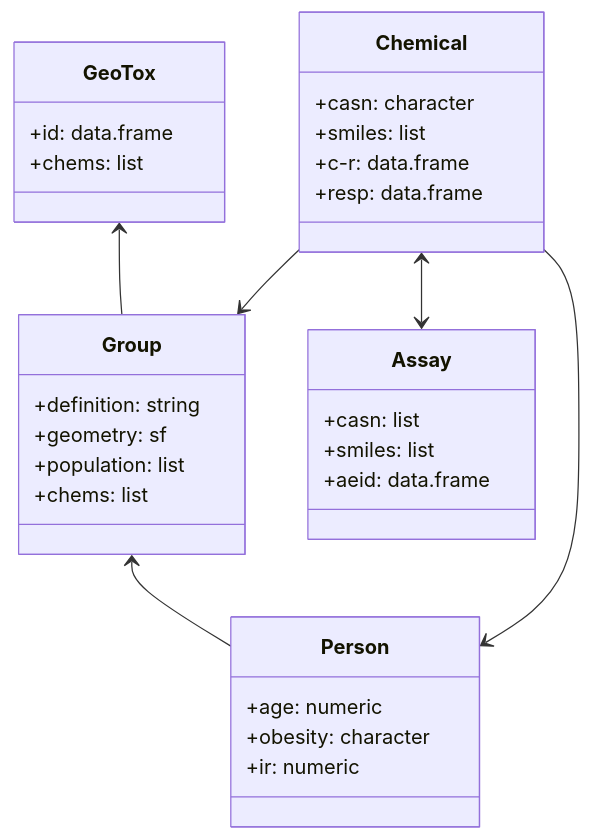
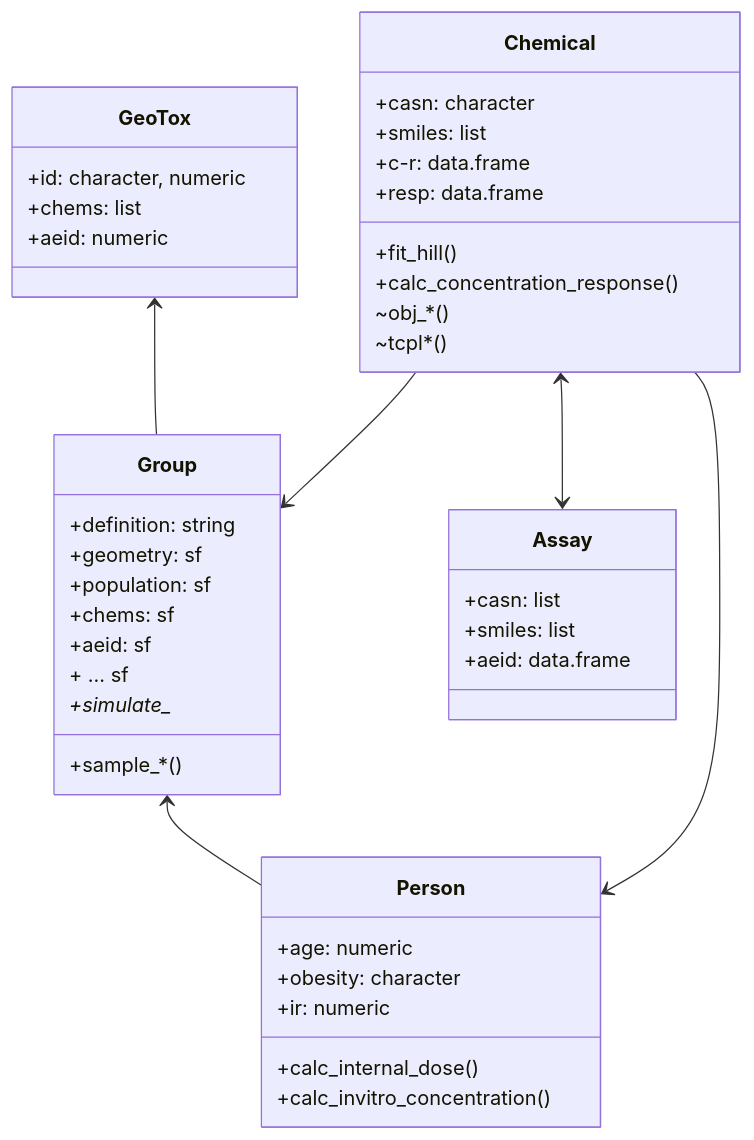
Before and after one commit to NIEHS/GeoTox: the diagram in objects.md, drawn with Mermaid. The commit also changed other lines of this file, not shown here.

Commit message:
Add methods to diagram

````diff
--- a/objects.md
+++ b/objects.md
@@ -2,40 +2,51 @@
 ```mermaid
 classDiagram
     class GeoTox {
-        +id: data.frame
+        +id: character, numeric
         +chems: list
+        +aeid: numeric
     }
   
       class Group {
         +definition: string
         +geometry: sf
-        +population: list
-        +chems: list
+        +population: sf
+        +chems: sf
+        +aeid: sf
+        + ...  sf
+        +sample_*()
+        +simulate_*
     }
 
     class Person {
         +age: numeric
         +obesity: character
         +ir: numeric
+        +calc_internal_dose()
+        +calc_invitro_concentration()
     }
 
     class Chemical {
         +casn: character
         +smiles: list
         +c-r: data.frame
         +resp: data.frame
+        +fit_hill()
+        +calc_concentration_response()
+        ~obj_*()
+        ~tcpl*()
     }
 
     class Assay {
         +casn: list
         +smiles: list
         +aeid: data.frame
     }
 
     GeoTox <-- Group
     Group <-- Person
     Chemical <--> Assay
     Chemical --> Group
     Chemical --> Person
 
 ```
````
